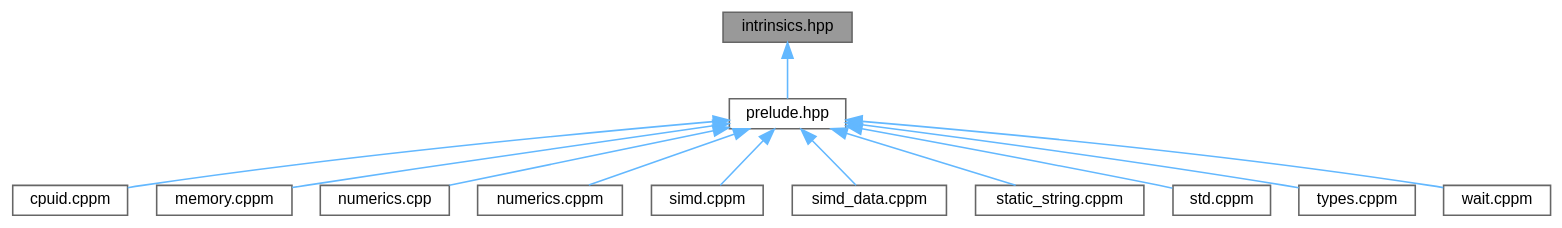
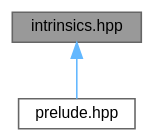
Before and after one commit to ekmett/ein: the diagram in intrinsics_8hpp__dep__incl.dot, drawn with Graphviz. The commit also changed 78 other files, not shown here.

```diff
--- a/intrinsics_8hpp__dep__incl.dot
+++ b/intrinsics_8hpp__dep__incl.dot
@@ -1,31 +1,11 @@
 digraph "intrinsics.hpp"
 {
  // INTERACTIVE_SVG=YES
  // LATEX_PDF_SIZE
   bgcolor="transparent";
   edge [fontname=Helvetica,fontsize=10,labelfontname=Helvetica,labelfontsize=10];
   node [fontname=Helvetica,fontsize=10,shape=box,height=0.2,width=0.4];
   Node1 [id="Node000001",label="intrinsics.hpp",height=0.2,width=0.4,color="gray40", fillcolor="grey60", style="filled", fontcolor="black",tooltip="Imports all of our platform-specific intrinsics once as part of the PCH."];
   Node1 -> Node2 [id="edge1_Node000001_Node000002",dir="back",color="steelblue1",style="solid",tooltip=" "];
   Node2 [id="Node000002",label="prelude.hpp",height=0.2,width=0.4,color="grey40", fillcolor="white", style="filled",URL="$prelude_8hpp.html",tooltip=" "];
-  Node2 -> Node3 [id="edge2_Node000002_Node000003",dir="back",color="steelblue1",style="solid",tooltip=" "];
-  Node3 [id="Node000003",label="cpuid.cppm",height=0.2,width=0.4,color="grey40", fillcolor="white", style="filled",URL="$cpuid_8cppm.html",tooltip=" "];
-  Node2 -> Node4 [id="edge3_Node000002_Node000004",dir="back",color="steelblue1",style="solid",tooltip=" "];
-  Node4 [id="Node000004",label="memory.cppm",height=0.2,width=0.4,color="grey40", fillcolor="white", style="filled",URL="$memory_8cppm.html",tooltip=" "];
-  Node2 -> Node5 [id="edge4_Node000002_Node000005",dir="back",color="steelblue1",style="solid",tooltip=" "];
-  Node5 [id="Node000005",label="numerics.cpp",height=0.2,width=0.4,color="grey40", fillcolor="white", style="filled",URL="$numerics_8cpp.html",tooltip="numerics external template instantiations"];
-  Node2 -> Node6 [id="edge5_Node000002_Node000006",dir="back",color="steelblue1",style="solid",tooltip=" "];
-  Node6 [id="Node000006",label="numerics.cppm",height=0.2,width=0.4,color="grey40", fillcolor="white", style="filled",URL="$numerics_8cppm.html",tooltip=" "];
-  Node2 -> Node7 [id="edge6_Node000002_Node000007",dir="back",color="steelblue1",style="solid",tooltip=" "];
-  Node7 [id="Node000007",label="simd.cppm",height=0.2,width=0.4,color="grey40", fillcolor="white", style="filled",URL="$simd_8cppm.html",tooltip=" "];
-  Node2 -> Node8 [id="edge7_Node000002_Node000008",dir="back",color="steelblue1",style="solid",tooltip=" "];
-  Node8 [id="Node000008",label="simd_data.cppm",height=0.2,width=0.4,color="grey40", fillcolor="white", style="filled",URL="$simd__data_8cppm.html",tooltip=" "];
-  Node2 -> Node9 [id="edge8_Node000002_Node000009",dir="back",color="steelblue1",style="solid",tooltip=" "];
-  Node9 [id="Node000009",label="static_string.cppm",height=0.2,width=0.4,color="grey40", fillcolor="white", style="filled",URL="$static__string_8cppm.html",tooltip=" "];
-  Node2 -> Node10 [id="edge9_Node000002_Node000010",dir="back",color="steelblue1",style="solid",tooltip=" "];
-  Node10 [id="Node000010",label="std.cppm",height=0.2,width=0.4,color="grey40", fillcolor="white", style="filled",URL="$std_8cppm.html",tooltip="polyfill missing standard library functions"];
-  Node2 -> Node11 [id="edge10_Node000002_Node000011",dir="back",color="steelblue1",style="solid",tooltip=" "];
-  Node11 [id="Node000011",label="types.cppm",height=0.2,width=0.4,color="grey40", fillcolor="white", style="filled",URL="$types_8cppm.html",tooltip=" "];
-  Node2 -> Node12 [id="edge11_Node000002_Node000012",dir="back",color="steelblue1",style="solid",tooltip=" "];
-  Node12 [id="Node000012",label="wait.cppm",height=0.2,width=0.4,color="grey40", fillcolor="white", style="filled",URL="$wait_8cppm.html",tooltip="waiting strategies"];
 }
```
